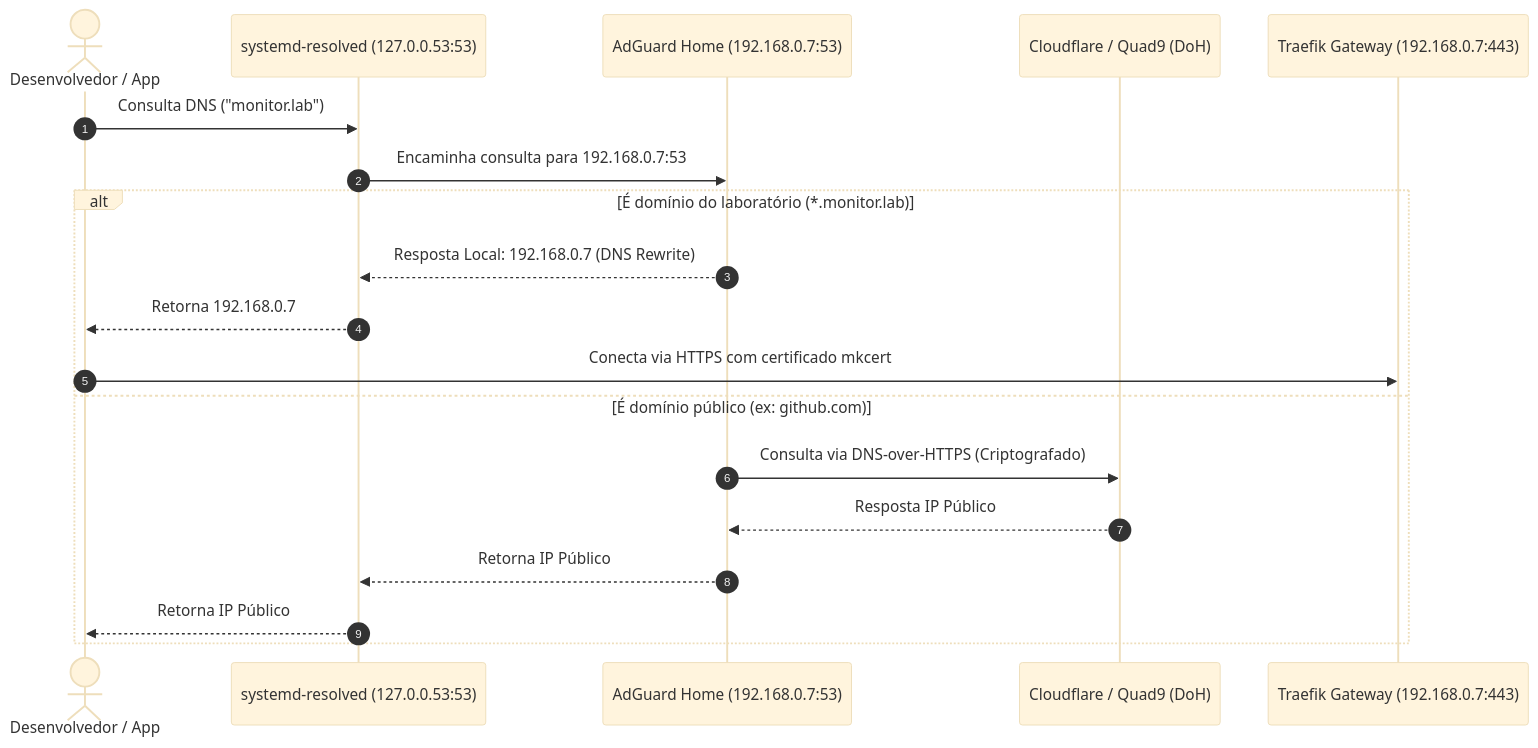
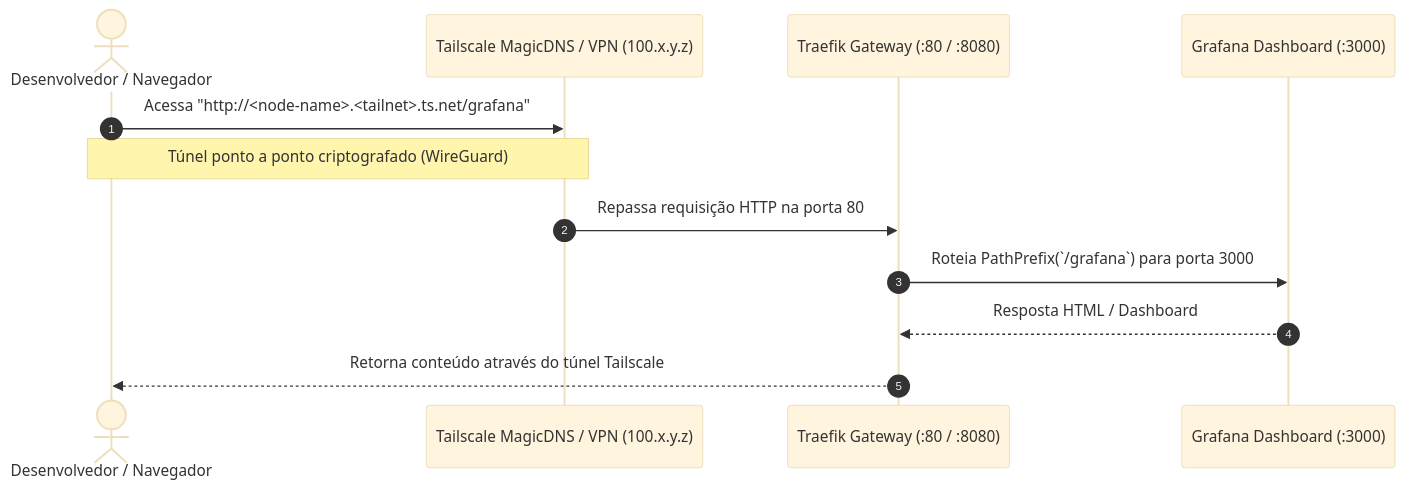
One commit to GuiJeff0/monitor_lab changed the second of 3 diagrams in docs/architecture/infrastructure-diagrams.md. Above: the diagram before and after it, drawn with Mermaid (base theme). The commit also changed other lines of this file and 18 other files, not shown here.

Commit message:
refactor: architecture adjustment for remote server

````diff
--- a/docs/architecture/infrastructure-diagrams.md
+++ b/docs/architecture/infrastructure-diagrams.md
@@ -100,22 +97,15 @@
 ```mermaid
 sequenceDiagram
     autonumber
-    actor Dev as Desenvolvedor / App
-    participant SR as systemd-resolved (127.0.0.53:53)
-    participant AG as AdGuard Home (192.168.0.7:53)
-    participant Upstream as Cloudflare / Quad9 (DoH)
-    participant Traefik as Traefik Gateway (192.168.0.7:443)
+    actor Dev as Desenvolvedor / Navegador
+    participant TS as Tailscale MagicDNS / VPN (100.x.y.z)
+    participant Traefik as Traefik Gateway (:80 / :8080)
+    participant Grafana as Grafana Dashboard (:3000)
 
-    Dev->>SR: Consulta DNS ("monitor.lab")
-    SR->>AG: Encaminha consulta para 192.168.0.7:53
-    alt É domínio do laboratório (*.monitor.lab)
-        AG-->>SR: Resposta Local: 192.168.0.7 (DNS Rewrite)
-        SR-->>Dev: Retorna 192.168.0.7
-        Dev->>Traefik: Conecta via HTTPS com certificado mkcert
-    else É domínio público (ex: github.com)
-        AG->>Upstream: Consulta via DNS-over-HTTPS (Criptografado)
-        Upstream-->>AG: Resposta IP Público
-        AG-->>SR: Retorna IP Público
-        SR-->>Dev: Retorna IP Público
-    end
+    Dev->>TS: Acessa "http://<node-name>.<tailnet>.ts.net/grafana"
+    Note over Dev,TS: Túnel ponto a ponto criptografado (WireGuard)
+    TS->>Traefik: Repassa requisição HTTP na porta 80
+    Traefik->>Grafana: Roteia PathPrefix(`/grafana`) para porta 3000
+    Grafana-->>Traefik: Resposta HTML / Dashboard
+    Traefik-->>Dev: Retorna conteúdo através do túnel Tailscale
 ```
````
